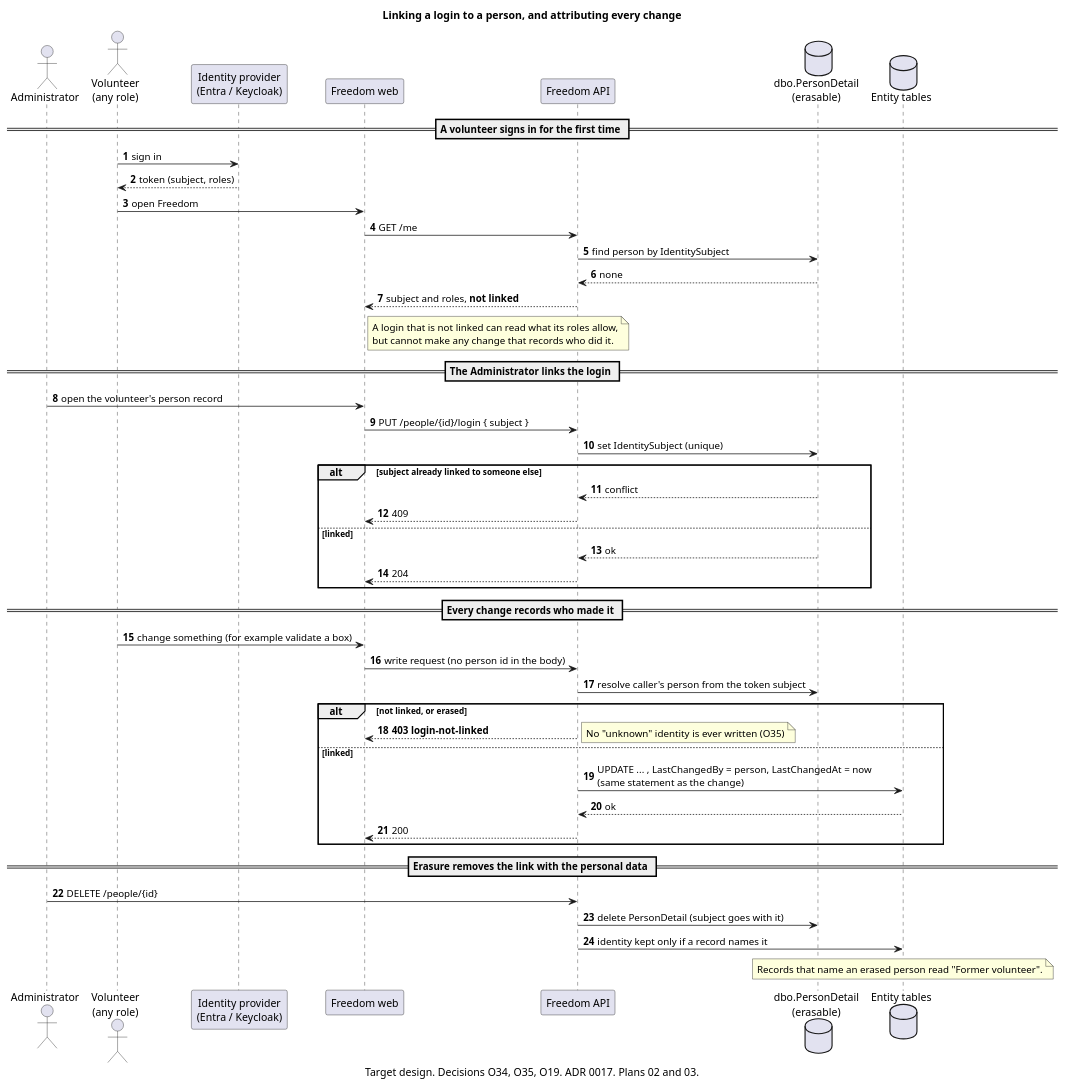
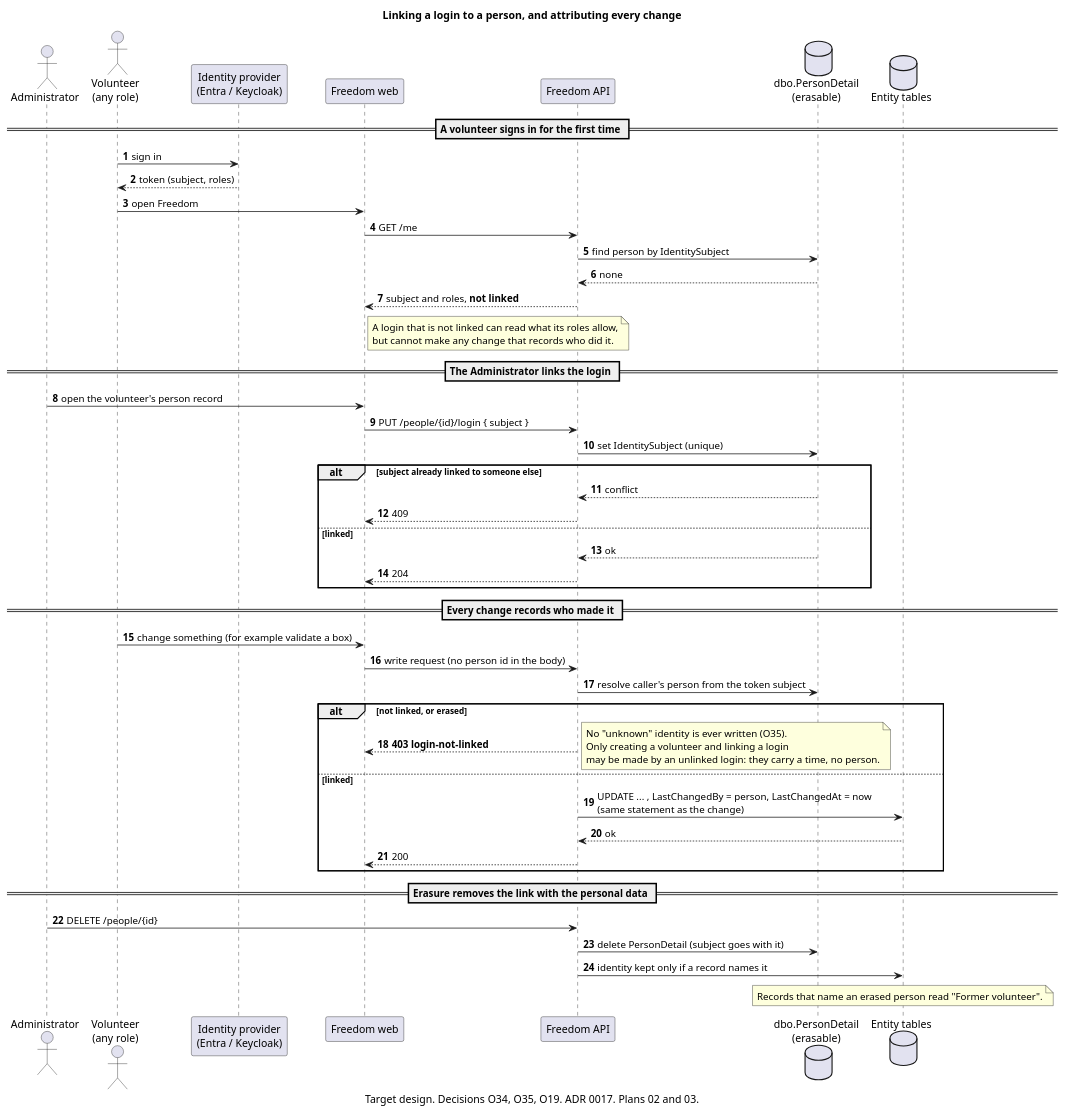
The diagram in docs/sequences/01-login-and-attribution.puml (TheLastColonial/UA.Action.Freedom), drawn with PlantUML before and after one commit. The commit also changed 118 other files, not shown here.

```diff
--- a/docs/sequences/01-login-and-attribution.puml
+++ b/docs/sequences/01-login-and-attribution.puml
@@ -1,62 +1,62 @@
 @startuml Login and Attribution
 
 title Linking a login to a person, and attributing every change
 caption Target design. Decisions O34, O35, O19. ADR 0017. Plans 02 and 03.
 
 autonumber
 
 actor Administrator as admin
 actor "Volunteer\n(any role)" as vol
 participant "Identity provider\n(Entra / Keycloak)" as idp
 participant "Freedom web" as web
 participant "Freedom API" as api
 database "dbo.PersonDetail\n(erasable)" as detail
 database "Entity tables" as tables
 
 == A volunteer signs in for the first time ==
 vol -> idp : sign in
 idp --> vol : token (subject, roles)
 vol -> web : open Freedom
 web -> api : GET /me
 api -> detail : find person by IdentitySubject
 detail --> api : none
 api --> web : subject and roles, **not linked**
 note right of web
   A login that is not linked can read what its roles allow,
   but cannot make any change that records who did it.
 end note
 
 == The Administrator links the login ==
 admin -> web : open the volunteer's person record
 web -> api : PUT /people/{id}/login { subject }
 api -> detail : set IdentitySubject (unique)
 alt subject already linked to someone else
   detail --> api : conflict
   api --> web : 409
 else linked
   detail --> api : ok
   api --> web : 204
 end
 
 == Every change records who made it ==
 vol -> web : change something (for example validate a box)
 web -> api : write request (no person id in the body)
 api -> detail : resolve caller's person from the token subject
 alt not linked, or erased
   api --> web : **403 login-not-linked**
-  note right : No "unknown" identity is ever written (O35)
+  note right : No "unknown" identity is ever written (O35).\nOnly creating a volunteer and linking a login\nmay be made by an unlinked login: they carry a time, no person.
 else linked
   api -> tables : UPDATE ... , LastChangedBy = person, LastChangedAt = now\n(same statement as the change)
   tables --> api : ok
   api --> web : 200
 end
 
 == Erasure removes the link with the personal data ==
 admin -> api : DELETE /people/{id}
 api -> detail : delete PersonDetail (subject goes with it)
 api -> tables : identity kept only if a record names it
 note over tables
   Records that name an erased person read "Former volunteer".
 end note
 
 @enduml
```
